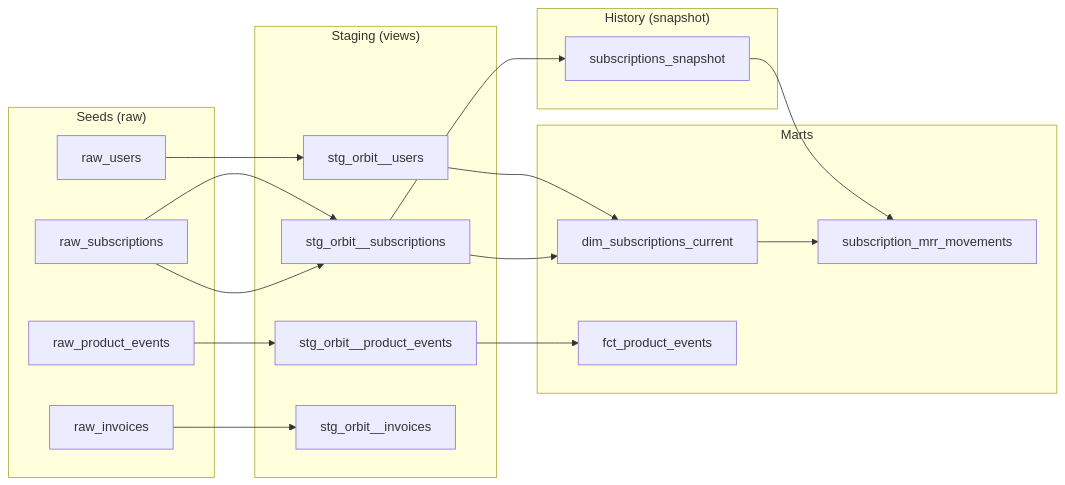
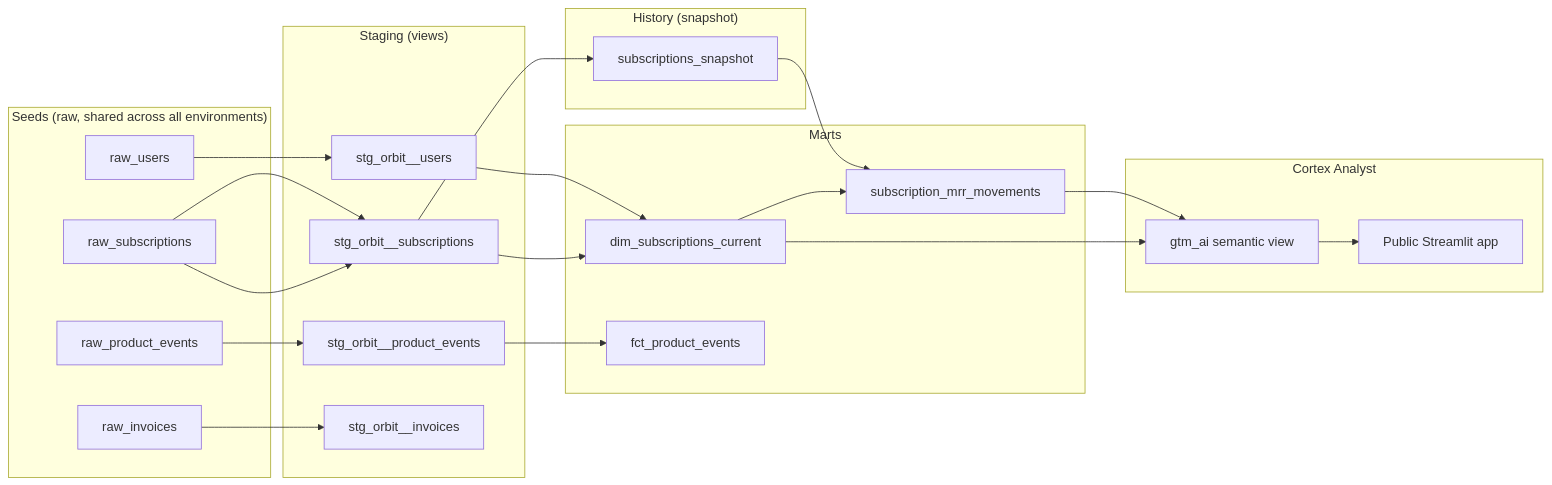
The diagram in README.md (bluelion1999/SaaS_subscription_analytics_dbt), drawn with Mermaid before and after one commit. The commit also changed other lines of this file, not shown here.

First line of the commit message:
Update README for phase 2: environments, slim CI, Cortex Analyst, public app

````diff
--- a/README.md
+++ b/README.md
@@ -13,35 +15,43 @@
 ```mermaid
 graph LR
-    subgraph Raw["Seeds (raw)"]
+    subgraph Raw["Seeds (raw, shared across all environments)"]
         RU[raw_users]
         RS[raw_subscriptions]
         RE[raw_product_events]
         RI[raw_invoices]
     end
 
     subgraph Staging["Staging (views)"]
         SU[stg_orbit__users]
         SS[stg_orbit__subscriptions]
         SE[stg_orbit__product_events]
         SI[stg_orbit__invoices]
     end
 
     subgraph History["History (snapshot)"]
         SNAP[subscriptions_snapshot]
     end
 
     subgraph Marts["Marts"]
         DSC[dim_subscriptions_current]
         FPE[fct_product_events]
         MRR[subscription_mrr_movements]
     end
 
+    subgraph AI["Cortex Analyst"]
+        SEM[gtm_ai semantic view]
+        APP[Public Streamlit app]
+    end
+
     RU --> SU --> DSC
     RS --> SS --> DSC
     RS --> SS --> SNAP
     RE --> SE --> FPE
     RI --> SI
 
     SNAP --> MRR
     DSC --> MRR
+    MRR --> SEM
+    DSC --> SEM
+    SEM --> APP
 ```
````
